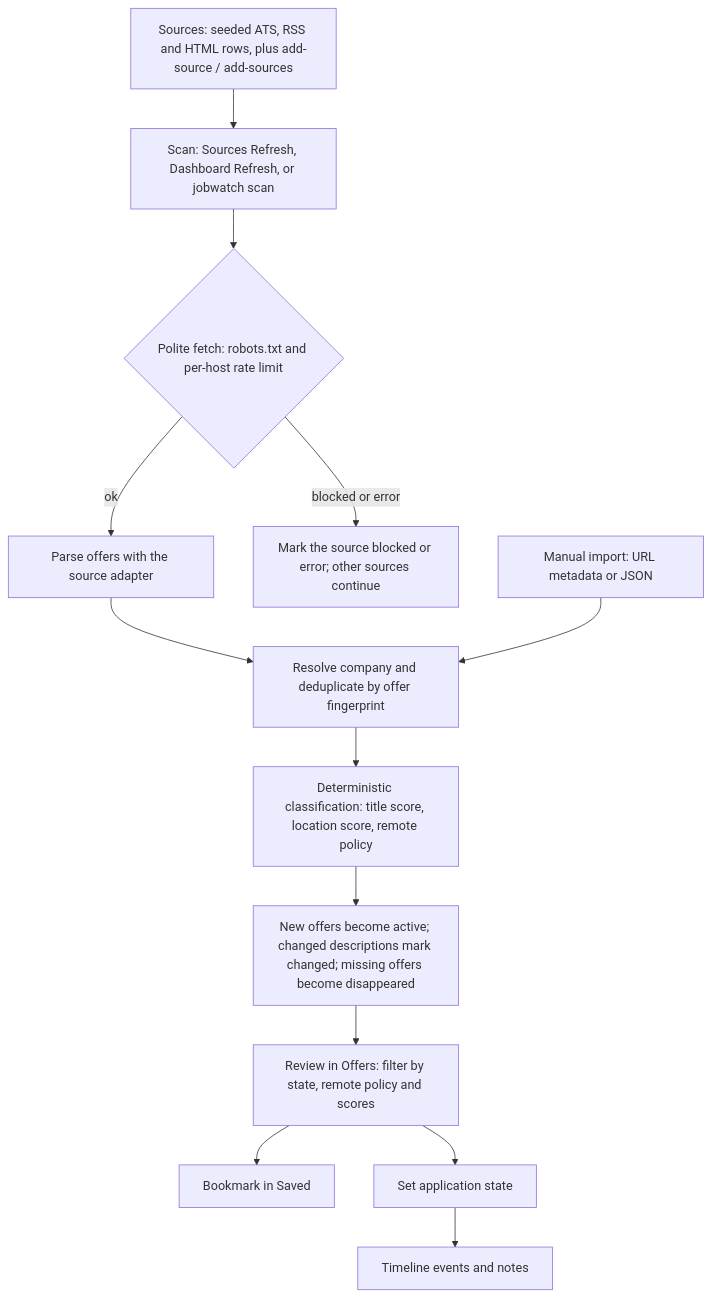
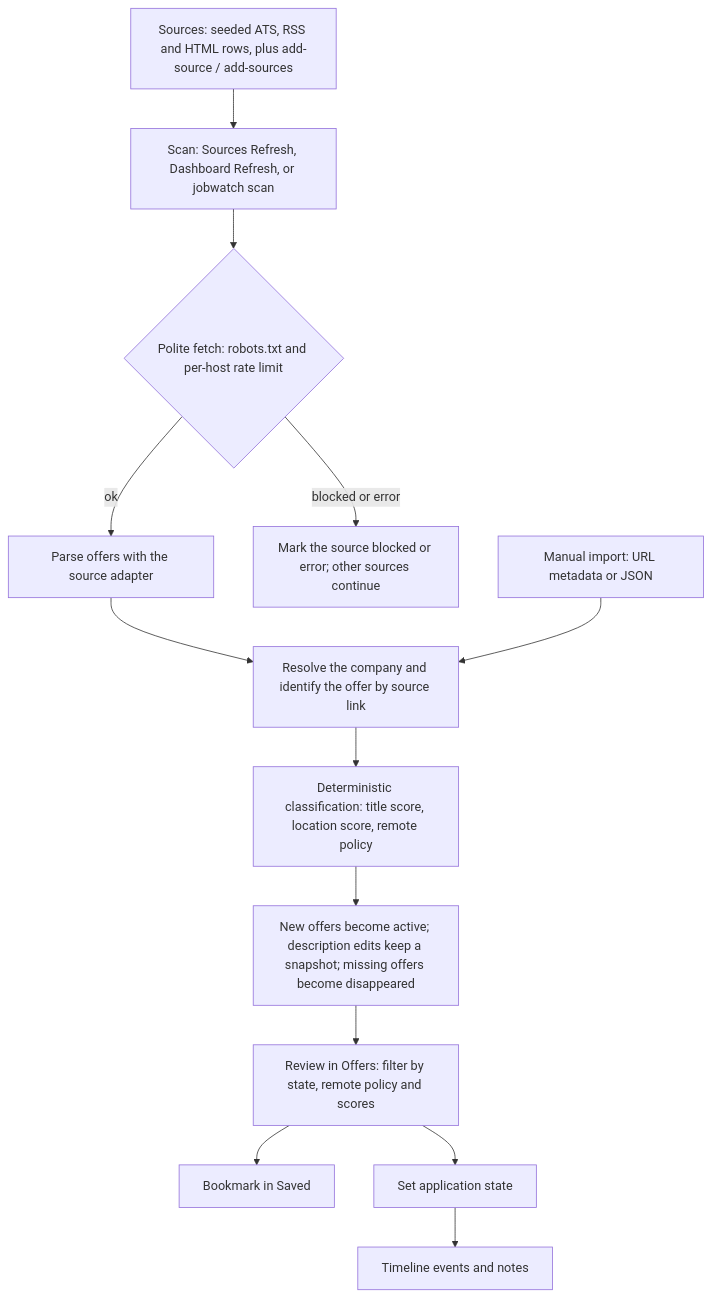
One commit to stepbeta/jobwatch changed the diagram in README.md. Above: the diagram before and after it, drawn with Mermaid. The commit also changed other lines of this file and 95 other files, not shown here.

First line of the commit message:
change: offer identity from source uid (#1)

````diff
--- a/README.md
+++ b/README.md
@@ -95,15 +98,15 @@
 ```mermaid
 flowchart TD
     A["Sources: seeded ATS, RSS and HTML rows, plus add-source / add-sources"] --> B["Scan: Sources Refresh, Dashboard Refresh, or jobwatch scan"]
     B --> C{"Polite fetch: robots.txt and per-host rate limit"}
     C -->|ok| D["Parse offers with the source adapter"]
     C -->|blocked or error| S["Mark the source blocked or error; other sources continue"]
-    D --> E["Resolve company and deduplicate by offer fingerprint"]
+    D --> E["Resolve the company and identify the offer by source link"]
     E --> F["Deterministic classification: title score, location score, remote policy"]
-    F --> G["New offers become active; changed descriptions mark changed; missing offers become disappeared"]
+    F --> G["New offers become active; description edits keep a snapshot; missing offers become disappeared"]
     G --> H["Review in Offers: filter by state, remote policy and scores"]
     H --> I["Bookmark in Saved"]
     H --> J["Set application state"]
     J --> K["Timeline events and notes"]
     M["Manual import: URL metadata or JSON"] --> E
 ```
````
